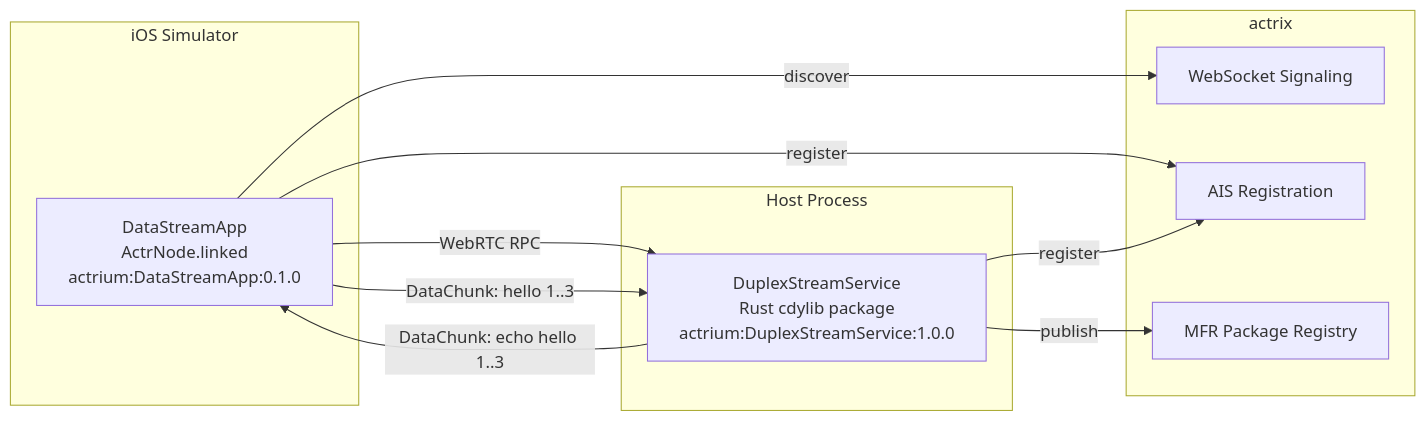
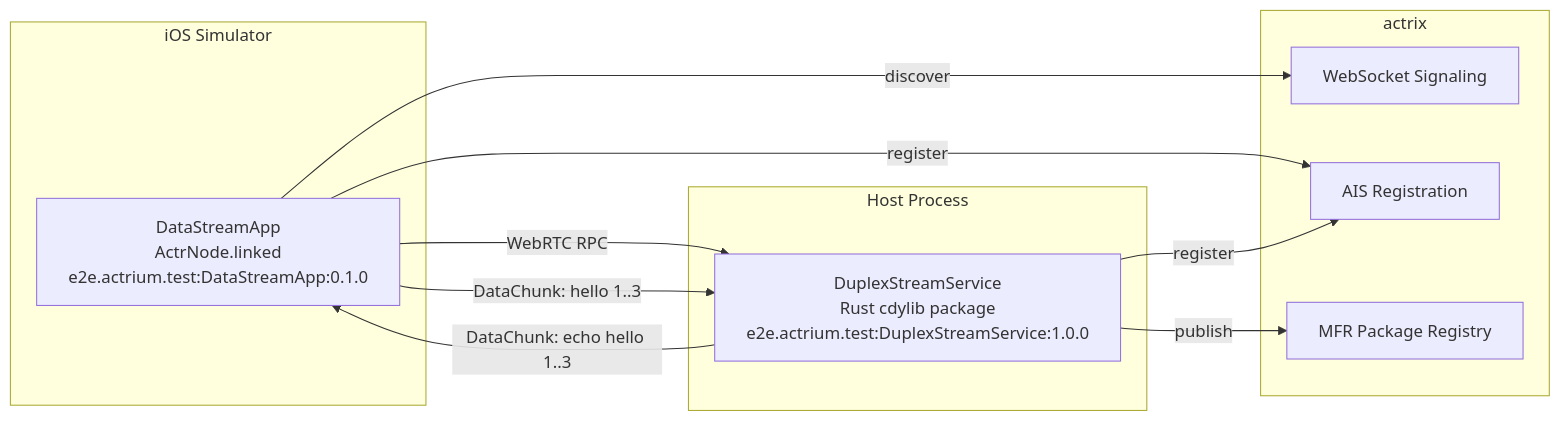
Before and after one commit to Actrium/actrium: the diagram in tests/e2e/actr/swift-datastream-app/README.md, drawn with Mermaid. The commit also changed other lines of this file and 205 other files, not shown here.

````diff
--- a/tests/e2e/actr/swift-datastream-app/README.md
+++ b/tests/e2e/actr/swift-datastream-app/README.md
@@ -7,24 +7,24 @@
 ```mermaid
 graph LR
     subgraph iOS Simulator
-        DS[DataStreamApp<br/>ActrNode.linked<br/>actrium:DataStreamApp:0.1.0]
+        DS[DataStreamApp<br/>ActrNode.linked<br/>e2e.actrium.test:DataStreamApp:0.1.0]
     end
 
     subgraph actrix
         WS[WebSocket Signaling]
         AIS[AIS Registration]
         REG[MFR Package Registry]
     end
 
     subgraph Host Process
-        DUS[DuplexStreamService<br/>Rust cdylib package<br/>actrium:DuplexStreamService:1.0.0]
+        DUS[DuplexStreamService<br/>Rust cdylib package<br/>e2e.actrium.test:DuplexStreamService:1.0.0]
     end
 
     DS -->|discover| WS
     DS -->|register| AIS
     DUS -->|register| AIS
     DUS -->|publish| REG
     DS -->|WebRTC RPC| DUS
     DS -->|DataChunk: hello 1..3| DUS
     DUS -->|DataChunk: echo hello 1..3| DS
 ```
````
